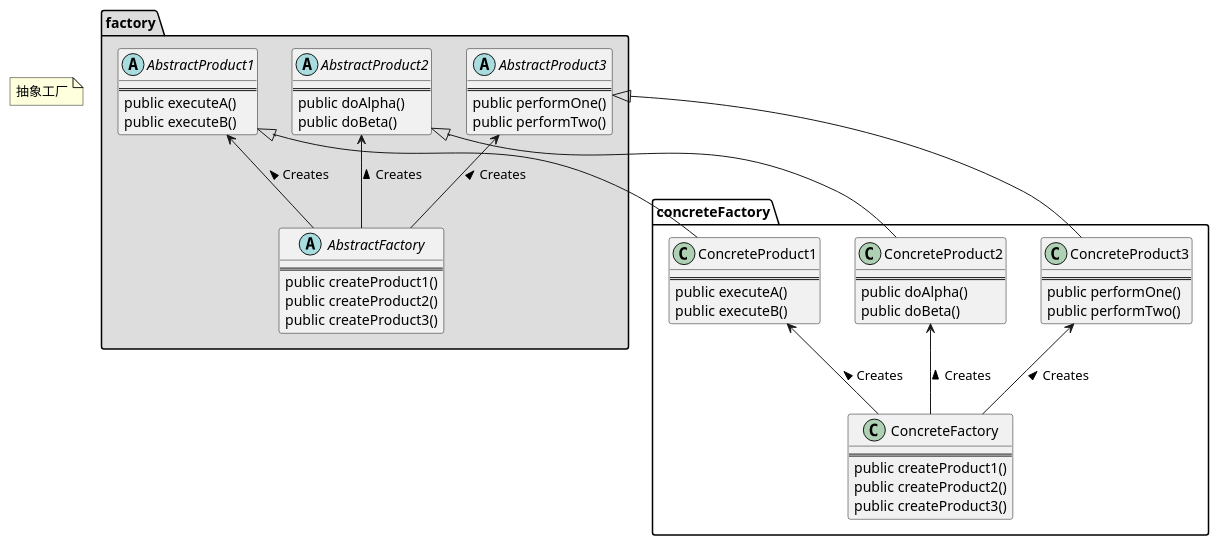
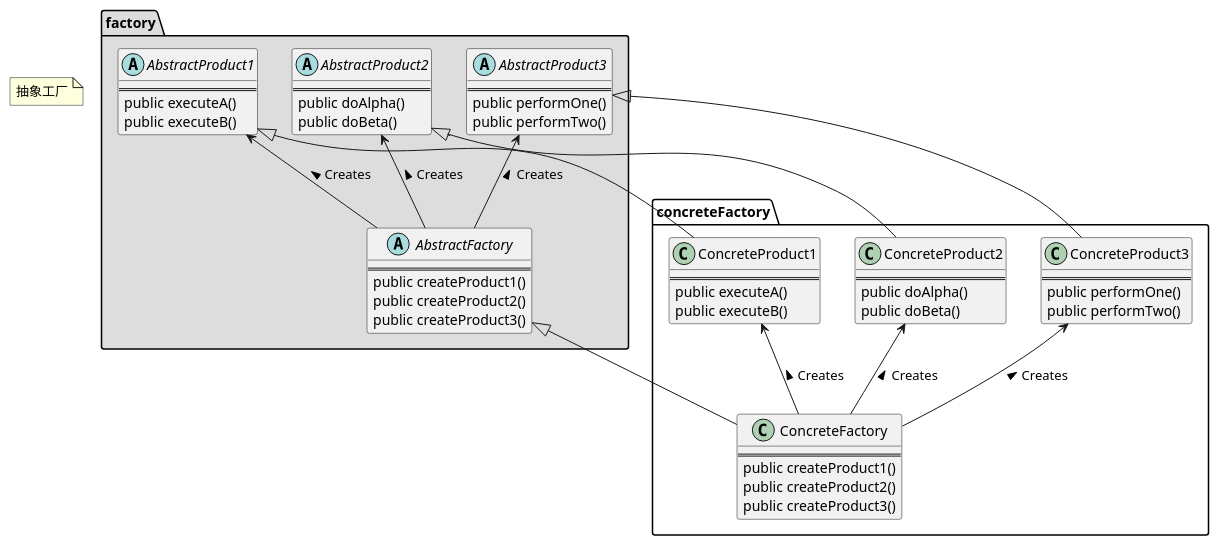
Before and after one commit to alarm10086/GoF: the diagram in src/main/java/abstractFactory/doc/abstractFactory.puml, drawn with PlantUML.

```diff
--- a/src/main/java/abstractFactory/doc/abstractFactory.puml
+++ b/src/main/java/abstractFactory/doc/abstractFactory.puml
@@ -1,72 +1,72 @@
 @startuml
 
 note "抽象工厂" as N1
 
 package factory #DDDDDD {
     AbstractProduct1 <-- AbstractFactory : Creates <
     AbstractProduct2 <-- AbstractFactory : Creates <
     AbstractProduct3 <-- AbstractFactory : Creates <
 
     abstract class AbstractProduct1 {
         ==
         public executeA()
         public executeB()
     }
 
     abstract class AbstractProduct2 {
         ==
         public doAlpha()
         public doBeta()
     }
 
     abstract class AbstractProduct3 {
         ==
         public performOne()
         public performTwo()
     }
 
     abstract class AbstractFactory {
         ==
         public createProduct1()
         public createProduct2()
         public createProduct3()
     }
 }
 
 package concreteFactory {
     ConcreteProduct1 <-- ConcreteFactory : Creates <
     ConcreteProduct2 <-- ConcreteFactory : Creates <
     ConcreteProduct3 <-- ConcreteFactory : Creates <
 
     AbstractProduct1 <|-- ConcreteProduct1
     AbstractProduct2 <|-- ConcreteProduct2
     AbstractProduct3 <|-- ConcreteProduct3
-
+    AbstractFactory <|-- ConcreteFactory
 
     class ConcreteProduct1 {
         ==
         public executeA()
         public executeB()
     }
 
     class ConcreteProduct2 {
         ==
         public doAlpha()
         public doBeta()
     }
 
     class ConcreteProduct3 {
         ==
         public performOne()
         public performTwo()
     }
 
     class ConcreteFactory {
         ==
         public createProduct1()
         public createProduct2()
         public createProduct3()
     }
 }
 
 @enduml
```
